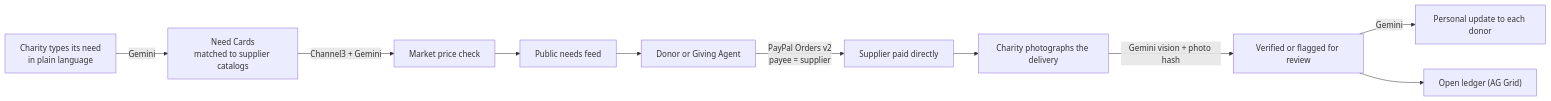
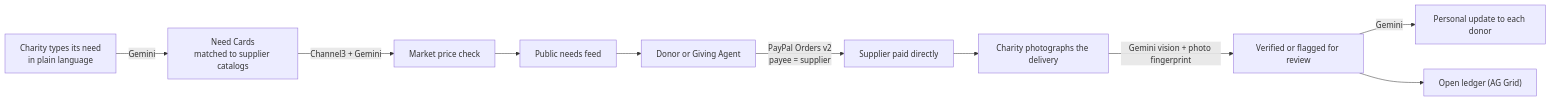
Before and after one commit to bhargava16623/stone-soup: the diagram in README.md, drawn with Mermaid. The commit also changed other lines of this file and 36 other files, not shown here.

First line of the commit message:
Harden review, charity ownership, checkout and photo checks

````diff
--- a/README.md
+++ b/README.md
@@ -26,12 +26,12 @@
 ```mermaid
 flowchart LR
   NGO["Charity types its need<br/>in plain language"] -->|Gemini| Cards["Need Cards<br/>matched to supplier catalogs"]
   Cards -->|Channel3 + Gemini| Check["Market price check"]
   Check --> Feed["Public needs feed"]
   Donor["Donor or Giving Agent"] -->|PayPal Orders v2<br/>payee = supplier| Supplier["Supplier paid directly"]
   Feed --> Donor
   Supplier --> Delivery["Charity photographs the delivery"]
-  Delivery -->|Gemini vision + photo hash| Verify["Verified or flagged for review"]
+  Delivery -->|Gemini vision + photo fingerprint| Verify["Verified or flagged for review"]
   Verify -->|Gemini| Update["Personal update to each donor"]
   Verify --> Ledger["Open ledger (AG Grid)"]
 ```
````
